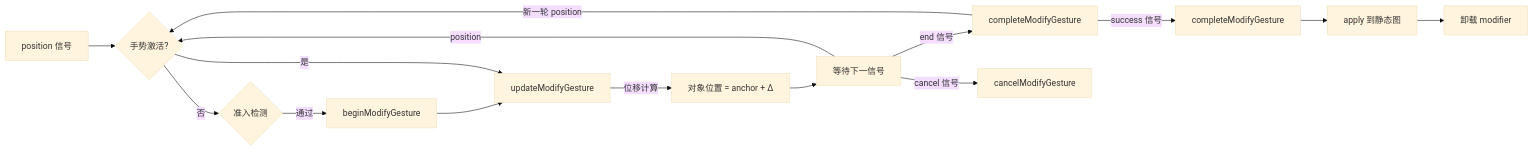
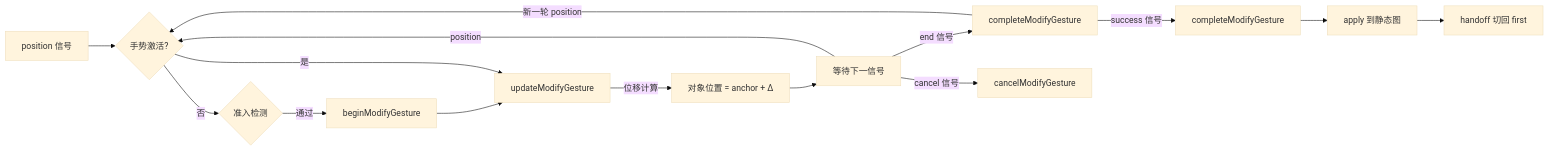
One commit to Frank-Steven/HoundWhiteboard changed the diagram in src/core/tools/modifier/docs/obj-modifier-document.md. Above: the diagram before and after it, drawn with Mermaid (base theme). The commit also changed other lines of this file and 9 other files, not shown here.

Commit message:
fix(handoff): 修复 handoff 从 first 切换 second 不检测对象不存在的问题，同时规范上下文

````diff
--- a/src/core/tools/modifier/docs/obj-modifier-document.md
+++ b/src/core/tools/modifier/docs/obj-modifier-document.md
@@ -144,17 +180,17 @@
 ```mermaid
 flowchart LR
     P[position 信号] --> C{手势激活?}
     C -->|否| H{准入检测}
     H -->|通过| B[beginModifyGesture]
     B --> U[updateModifyGesture]
     C -->|是| U
     U -->|位移计算| M[对象位置 = anchor + Δ]
     M --> W[等待下一信号]
     W -->|position| C
     W -->|end 信号| E[completeModifyGesture]
     W -->|cancel 信号| X[cancelModifyGesture]
     E -->|新一轮 position| C
     E -->|success 信号| A[completeModifyGesture]
     A --> S[apply 到静态图]
-    S --> D[卸载 modifier]
+    S --> D[handoff 切回 first]
 ```
````
